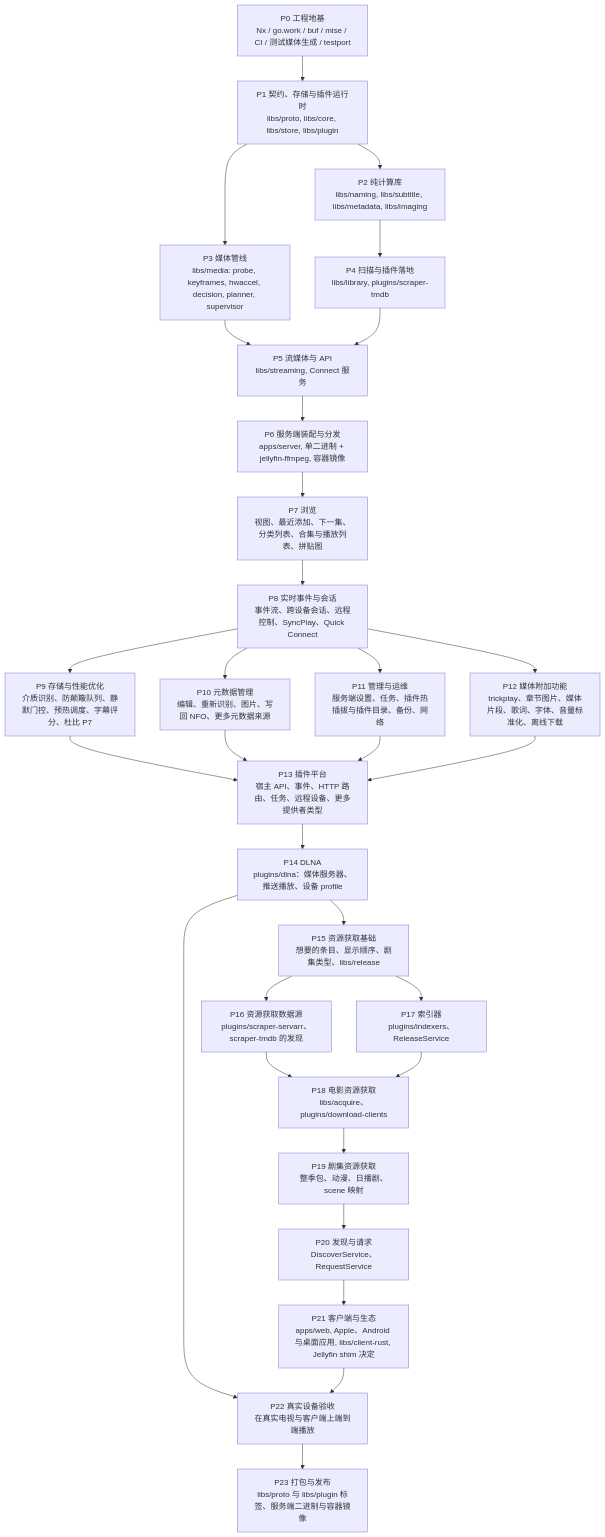
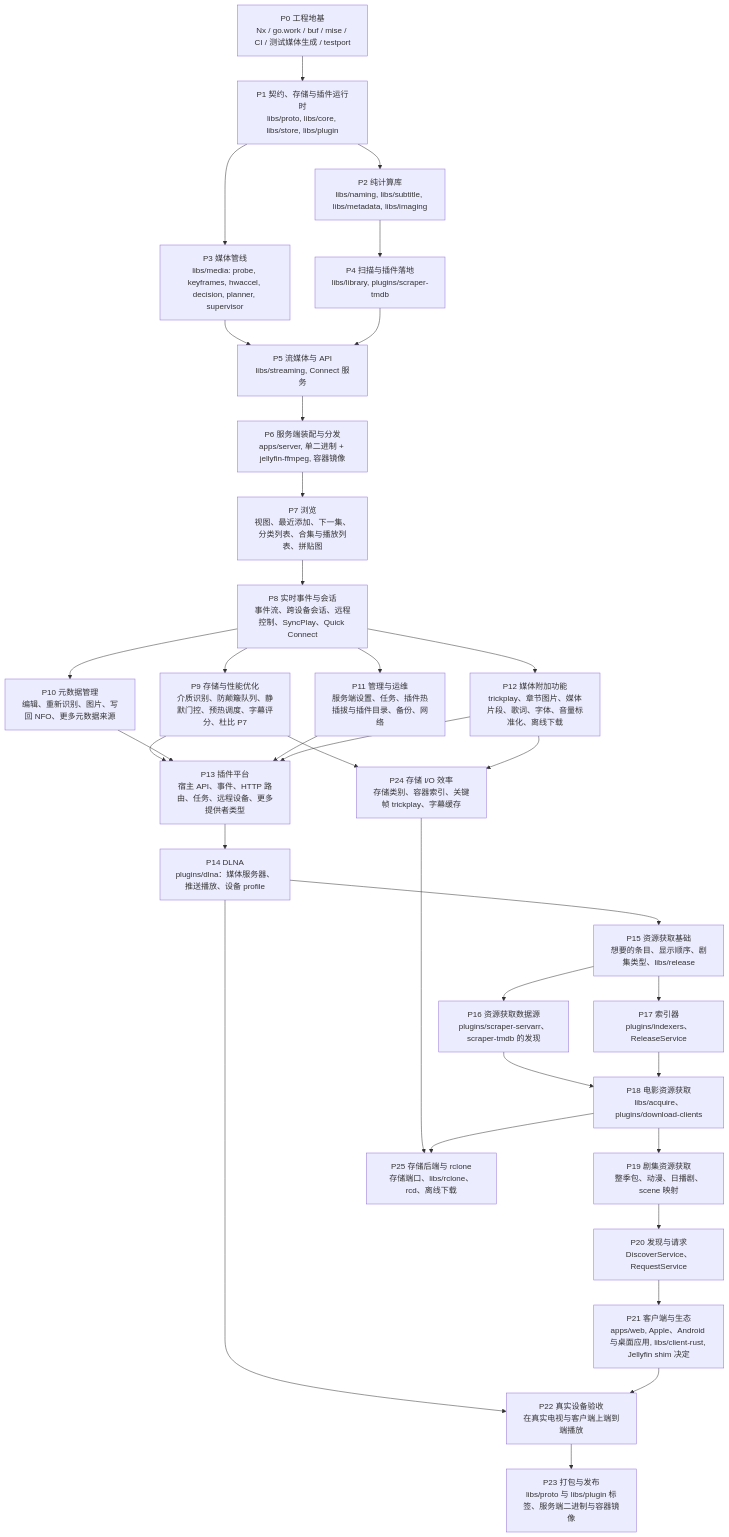
The diagram in docs/roadmap.zh-CN.md (mavioai/mavio), drawn with Mermaid before and after one commit. The commit also changed other lines of this file and 52 other files, not shown here.

````diff
--- a/docs/roadmap.zh-CN.md
+++ b/docs/roadmap.zh-CN.md
@@ -20,57 +20,63 @@
 ```mermaid
 flowchart TD
     P0["P0 工程地基<br/>Nx / go.work / buf / mise / CI / 测试媒体生成 / testport"]
     P1["P1 契约、存储与插件运行时<br/>libs/proto, libs/core, libs/store, libs/plugin"]
     P2["P2 纯计算库<br/>libs/naming, libs/subtitle, libs/metadata, libs/imaging"]
     P3["P3 媒体管线<br/>libs/media: probe, keyframes, hwaccel, decision, planner, supervisor"]
     P4["P4 扫描与插件落地<br/>libs/library, plugins/scraper-tmdb"]
     P5["P5 流媒体与 API<br/>libs/streaming, Connect 服务"]
     P6["P6 服务端装配与分发<br/>apps/server, 单二进制 + jellyfin-ffmpeg, 容器镜像"]
     P7["P7 浏览<br/>视图、最近添加、下一集、分类列表、合集与播放列表、拼贴图"]
     P8["P8 实时事件与会话<br/>事件流、跨设备会话、远程控制、SyncPlay、Quick Connect"]
     P9["P9 存储与性能优化<br/>介质识别、防颠簸队列、静默门控、预热调度、字幕评分、杜比 P7"]
     P10["P10 元数据管理<br/>编辑、重新识别、图片、写回 NFO、更多元数据来源"]
     P11["P11 管理与运维<br/>服务端设置、任务、插件热插拔与插件目录、备份、网络"]
     P12["P12 媒体附加功能<br/>trickplay、章节图片、媒体片段、歌词、字体、音量标准化、离线下载"]
     P13["P13 插件平台<br/>宿主 API、事件、HTTP 路由、任务、远程设备、更多提供者类型"]
     P14["P14 DLNA<br/>plugins/dlna：媒体服务器、推送播放、设备 profile"]
     P15["P15 资源获取基础<br/>想要的条目、显示顺序、剧集类型、libs/release"]
     P16["P16 资源获取数据源<br/>plugins/scraper-servarr、scraper-tmdb 的发现"]
     P17["P17 索引器<br/>plugins/indexers、ReleaseService"]
     P18["P18 电影资源获取<br/>libs/acquire、plugins/download-clients"]
     P19["P19 剧集资源获取<br/>整季包、动漫、日播剧、scene 映射"]
     P20["P20 发现与请求<br/>DiscoverService、RequestService"]
     P21["P21 客户端与生态<br/>apps/web, Apple、Android 与桌面应用, libs/client-rust, Jellyfin shim 决定"]
     P22["P22 真实设备验收<br/>在真实电视与客户端上端到端播放"]
     P23["P23 打包与发布<br/>libs/proto 与 libs/plugin 标签、服务端二进制与容器镜像"]
+    P24["P24 存储 I/O 效率<br/>存储类别、容器索引、关键帧 trickplay、字幕缓存"]
+    P25["P25 存储后端与 rclone<br/>存储端口、libs/rclone、rcd、离线下载"]
 
     P0 --> P1
     P1 --> P2
     P1 --> P3
     P2 --> P4
     P3 --> P5
     P4 --> P5
     P5 --> P6
     P6 --> P7
     P7 --> P8
     P8 --> P9
     P8 --> P10
     P8 --> P11
     P8 --> P12
     P9 --> P13
     P10 --> P13
     P11 --> P13
     P12 --> P13
     P13 --> P14
     P14 --> P15
     P15 --> P16
     P15 --> P17
     P16 --> P18
     P17 --> P18
     P18 --> P19
     P19 --> P20
     P20 --> P21
     P14 --> P22
     P21 --> P22
     P22 --> P23
+    P9 --> P24
+    P12 --> P24
+    P24 --> P25
+    P18 --> P25
 ```
````
